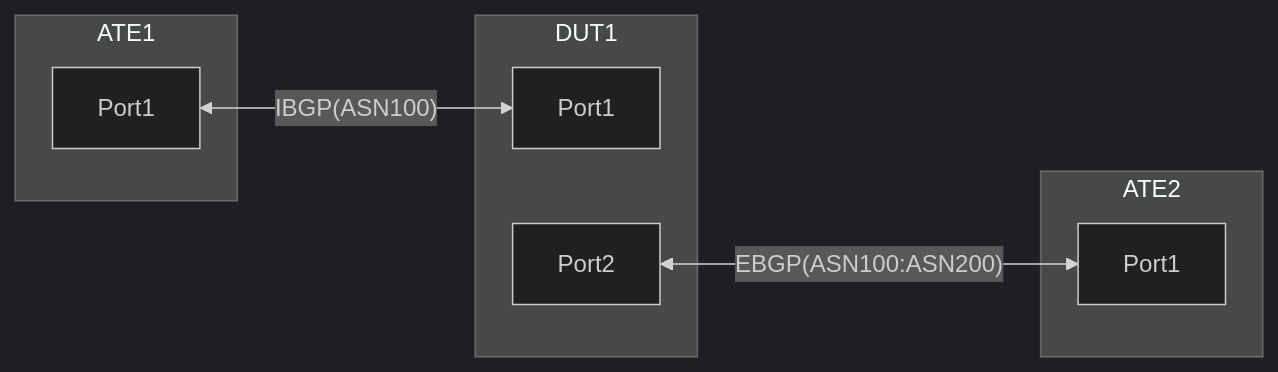
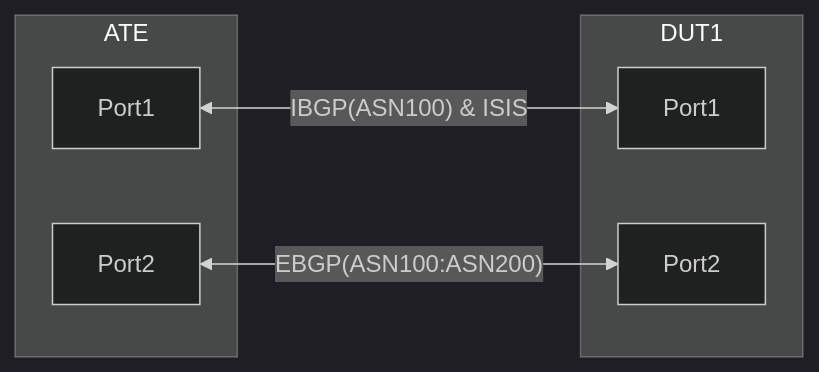
The diagram in feature/policy_forwarding/policy_vrf_selection/otg_tests/policy_based_traffic_steering_default_to_nondefault/README.md (openconfig/featureprofiles), drawn with Mermaid (dark theme) before and after one commit. The commit also changed other lines of this file, not shown here.

````diff
--- a/feature/policy_forwarding/policy_vrf_selection/otg_tests/policy_based_traffic_steering_default_to_nondefault/README.md
+++ b/feature/policy_forwarding/policy_vrf_selection/otg_tests/policy_based_traffic_steering_default_to_nondefault/README.md
@@ -11,15 +11,13 @@
 ```mermaid
 graph LR; 
-subgraph ATE1 [ATE1]
-    A1[Port1] 
+subgraph ATE [ATE]
+    A1[Port1]
+    A2[Port2] 
 end
 subgraph DUT1 [DUT1]
     B1[Port1]
     B2[Port2]
 end
-subgraph ATE2 [ATE2]
-    C1[Port1] 
-end
-A1 <-- IBGP(ASN100) --> B1; 
-B2 <-- EBGP(ASN100:ASN200) --> C1;
+A1 <-- IBGP(ASN100) & ISIS --> B1; 
+A2 <-- EBGP(ASN100:ASN200) --> B2;
 ```
````
